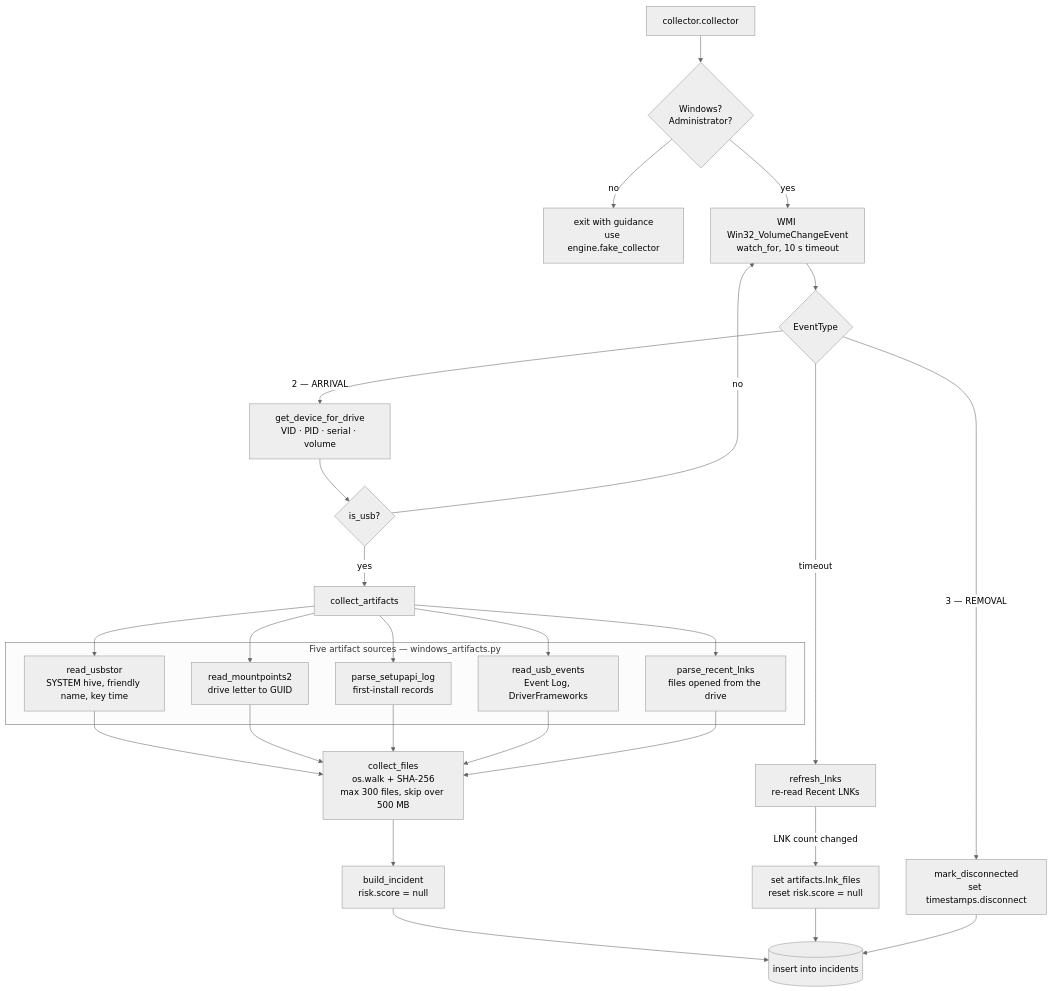
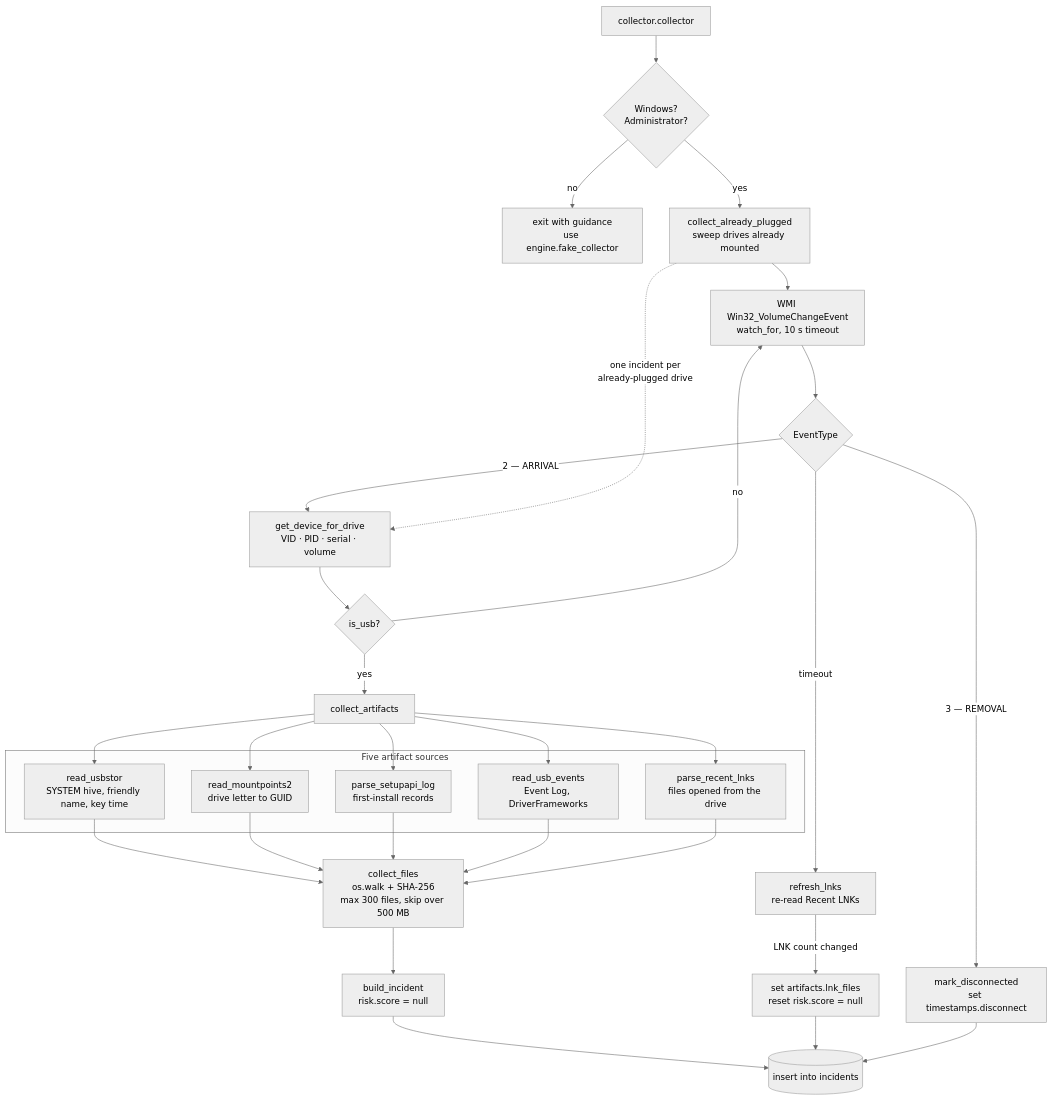
One commit to mahirasrivastava/usb-forensics changed the second of 6 diagrams in ARCHITECTURE.md. Above: the diagram before and after it, drawn with Mermaid (neutral theme). The commit also changed 5 other files, not shown here.

First line of the commit message:
Collect drives already plugged in; keep watcher alive across Atlas drops

````diff
--- a/ARCHITECTURE.md
+++ b/ARCHITECTURE.md
@@ -87,32 +87,34 @@
 ```mermaid
 flowchart TD
     START["collector.collector"] --> CHK{"Windows?<br/>Administrator?"}
     CHK -->|no| EXIT["exit with guidance<br/>use engine.fake_collector"]
-    CHK -->|yes| WATCH["WMI Win32_VolumeChangeEvent<br/>watch_for, 10 s timeout"]
+    CHK -->|yes| SWEEP["collect_already_plugged<br/>sweep drives already mounted"]
+    SWEEP --> WATCH["WMI Win32_VolumeChangeEvent<br/>watch_for, 10 s timeout"]
 
     WATCH --> EV{"EventType"}
     EV -->|"2 — ARRIVAL"| DEV["get_device_for_drive<br/>VID · PID · serial · volume"]
     EV -->|"3 — REMOVAL"| DISC["mark_disconnected<br/>set timestamps.disconnect"]
     EV -->|"timeout"| REFRESH["refresh_lnks<br/>re-read Recent LNKs"]
 
+    SWEEP -.->|"one incident per<br/>already-plugged drive"| DEV
     DEV --> ISUSB{"is_usb?"}
     ISUSB -->|no| WATCH
     ISUSB -->|yes| COLLECT["collect_artifacts"]
 
-    subgraph SRC["Five artifact sources — windows_artifacts.py"]
+    subgraph SRC["Five artifact sources"]
         A1["read_usbstor<br/>SYSTEM hive, friendly name, key time"]
         A2["read_mountpoints2<br/>drive letter to GUID"]
         A3["parse_setupapi_log<br/>first-install records"]
         A4["read_usb_events<br/>Event Log, DriverFrameworks"]
         A5["parse_recent_lnks<br/>files opened from the drive"]
     end
 
     COLLECT --> A1 & A2 & A3 & A4 & A5
     A1 & A2 & A3 & A4 & A5 --> FILES["collect_files<br/>os.walk + SHA-256<br/>max 300 files, skip over 500 MB"]
     FILES --> BUILD["build_incident<br/>risk.score = null"]
     BUILD --> INSERT[("insert into incidents")]
 
     REFRESH -->|"LNK count changed"| REQUEUE["set artifacts.lnk_files<br/>reset risk.score = null"]
     REQUEUE --> INSERT
     DISC --> INSERT
 ```
````
